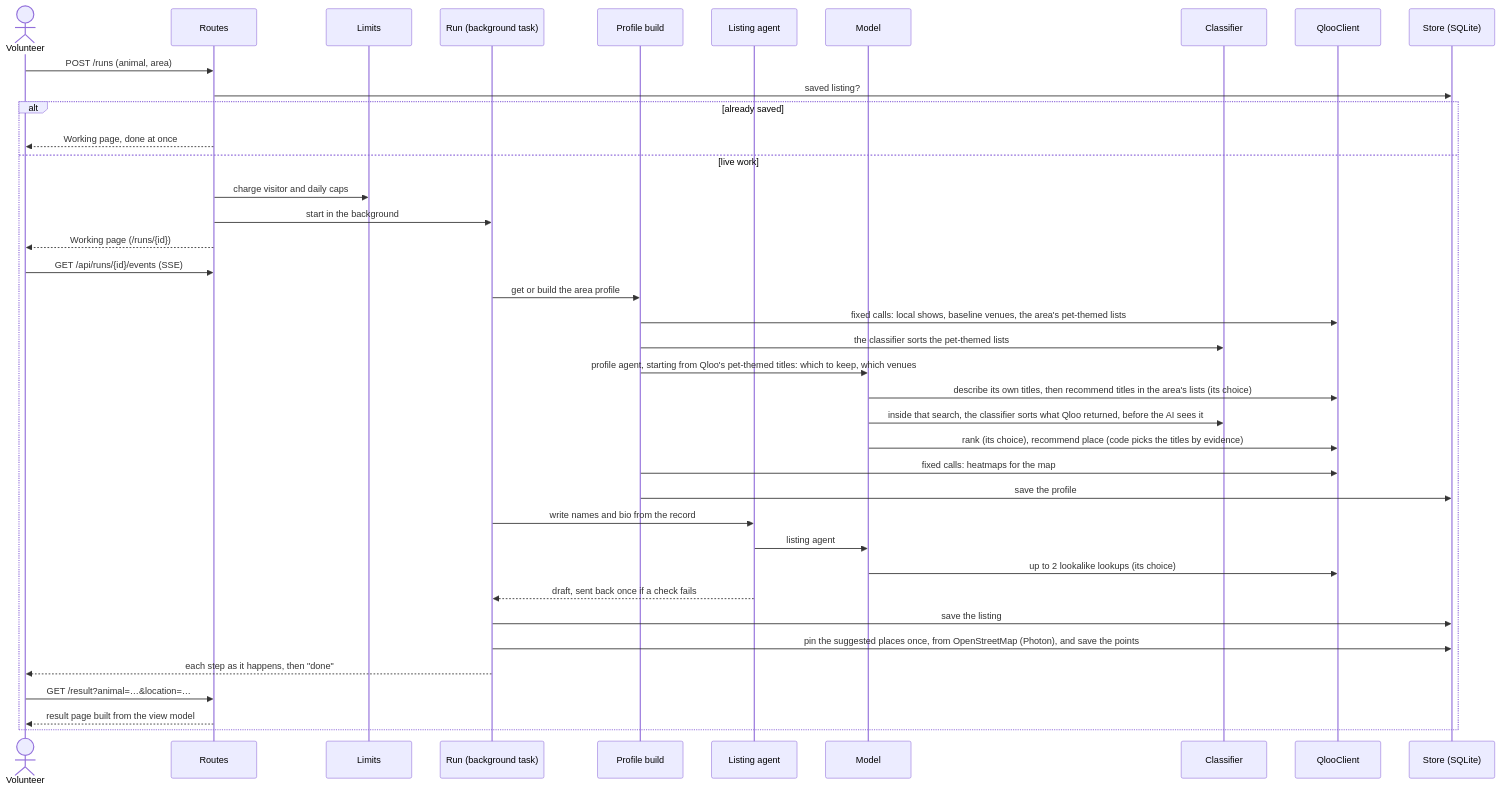
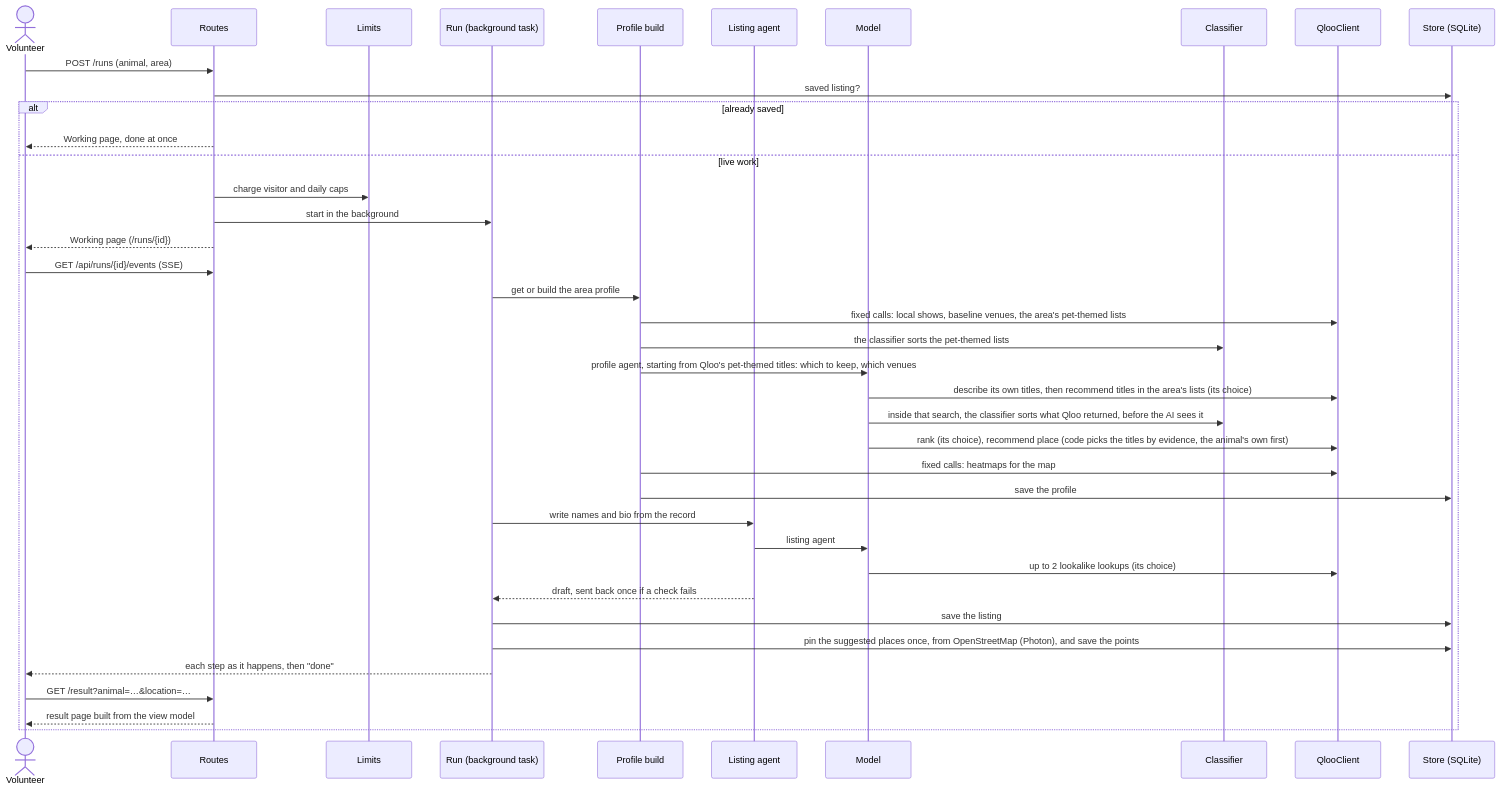
One commit to bsabau/namesake changed the third of 6 diagrams in docs/architecture.md. Above: the diagram before and after it, drawn with Mermaid. The commit also changed other lines of this file and 16 other files, not shown here.

````diff
--- a/docs/architecture.md
+++ b/docs/architecture.md
@@ -109,42 +109,42 @@
 ```mermaid
 sequenceDiagram
     actor V as Volunteer
     participant R as Routes
     participant L as Limits
     participant T as Run (background task)
     participant P as Profile build
     participant A as Listing agent
     participant M as Model
     participant J as Classifier
     participant Q as QlooClient
     participant S as Store (SQLite)
 
     V->>R: POST /runs (animal, area)
     R->>S: saved listing?
     alt already saved
         R-->>V: Working page, done at once
     else live work
         R->>L: charge visitor and daily caps
         R->>T: start in the background
         R-->>V: Working page (/runs/{id})
         V->>R: GET /api/runs/{id}/events (SSE)
         T->>P: get or build the area profile
         P->>Q: fixed calls: local shows, baseline venues, the area's pet-themed lists
         P->>J: the classifier sorts the pet-themed lists
         P->>M: profile agent, starting from Qloo's pet-themed titles: which to keep, which venues
         M->>Q: describe its own titles, then recommend titles in the area's lists (its choice)
         M->>J: inside that search, the classifier sorts what Qloo returned, before the AI sees it
-        M->>Q: rank (its choice), recommend place (code picks the titles by evidence)
+        M->>Q: rank (its choice), recommend place (code picks the titles by evidence, the animal's own first)
         P->>Q: fixed calls: heatmaps for the map
         P->>S: save the profile
         T->>A: write names and bio from the record
         A->>M: listing agent
         M->>Q: up to 2 lookalike lookups (its choice)
         A-->>T: draft, sent back once if a check fails
         T->>S: save the listing
         T->>S: pin the suggested places once, from OpenStreetMap (Photon), and save the points
         T-->>V: each step as it happens, then "done"
         V->>R: GET /result?animal=…&location=…
         R-->>V: result page built from the view model
     end
 ```
````
